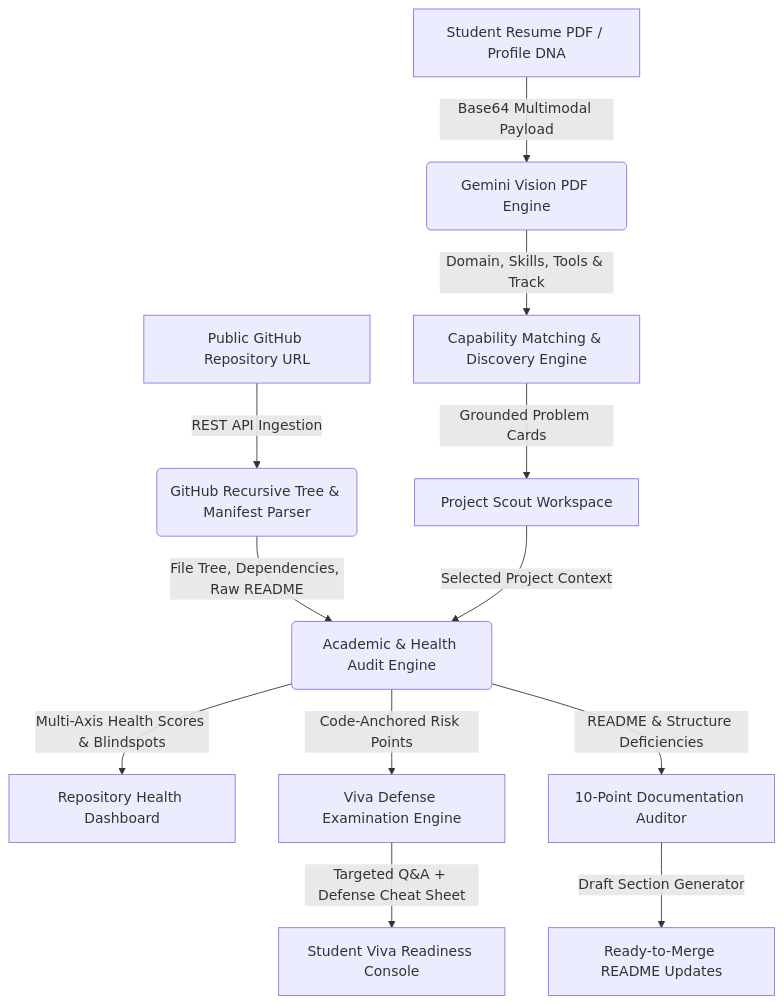
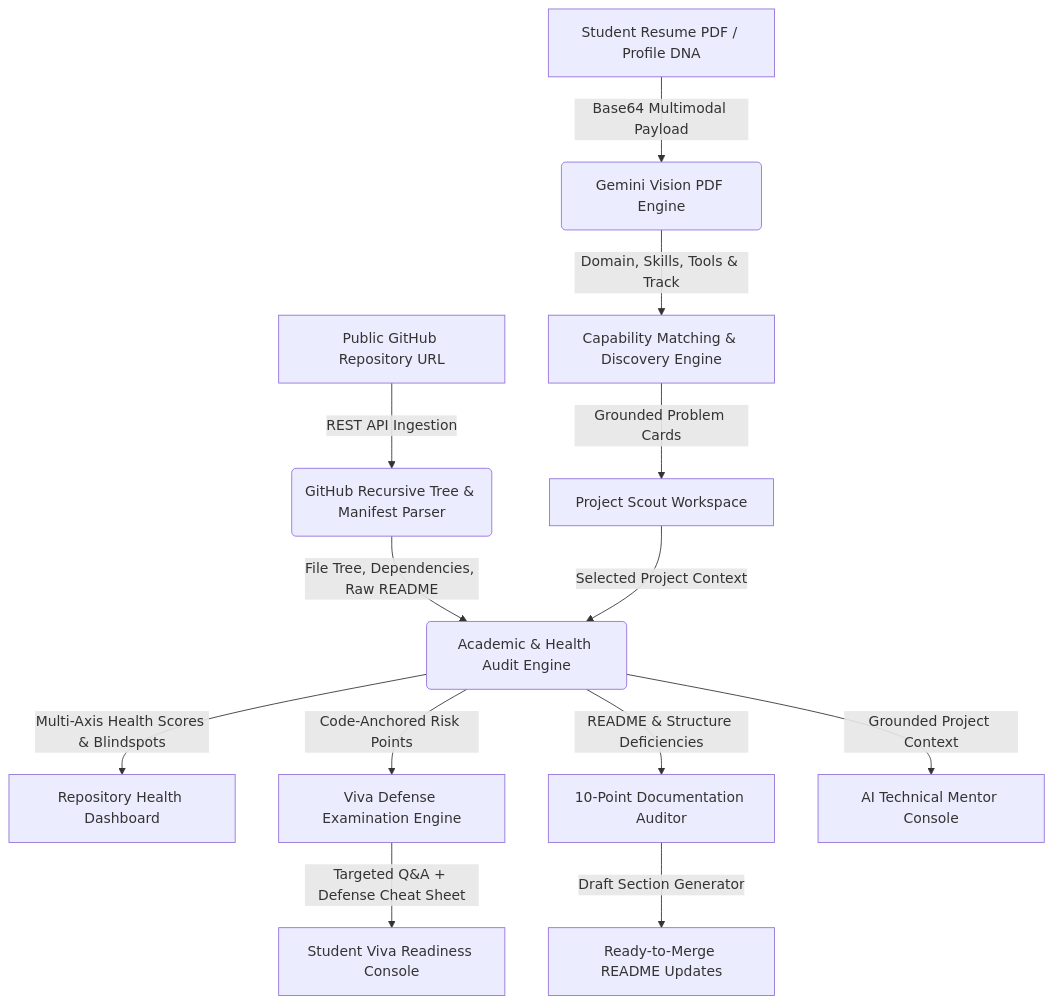
One commit to Ram0507-Reddy/Project_Scout changed the diagram in README.md. Above: the diagram before and after it, drawn with Mermaid. The commit also changed other lines of this file and 4 other files, not shown here.

````diff
--- a/README.md
+++ b/README.md
@@ -25,17 +33,18 @@
 ```mermaid
 graph TD
     A[Student Resume PDF / Profile DNA] -->|Base64 Multimodal Payload| B(Gemini Vision PDF Engine)
     B -->|Domain, Skills, Tools & Track| C[Capability Matching & Discovery Engine]
     C -->|Grounded Problem Cards| D[Project Scout Workspace]
     
     E[Public GitHub Repository URL] -->|REST API Ingestion| F(GitHub Recursive Tree & Manifest Parser)
     F -->|File Tree, Dependencies, Raw README| G(Academic & Health Audit Engine)
     
     D -->|Selected Project Context| G
     G -->|Multi-Axis Health Scores & Blindspots| H[Repository Health Dashboard]
     G -->|Code-Anchored Risk Points| I[Viva Defense Examination Engine]
     G -->|README & Structure Deficiencies| J[10-Point Documentation Auditor]
     
     I -->|Targeted Q&A + Defense Cheat Sheet| K[Student Viva Readiness Console]
     J -->|Draft Section Generator| L[Ready-to-Merge README Updates]
+    G -->|Grounded Project Context| M[AI Technical Mentor Console]
 ```
````
